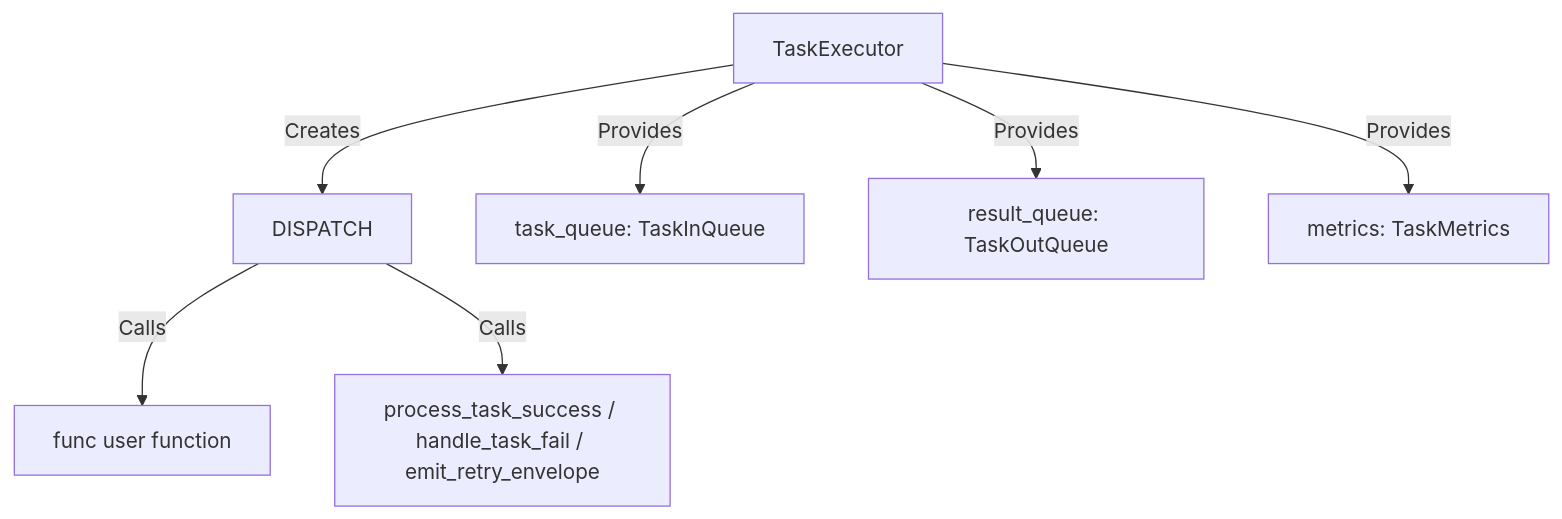
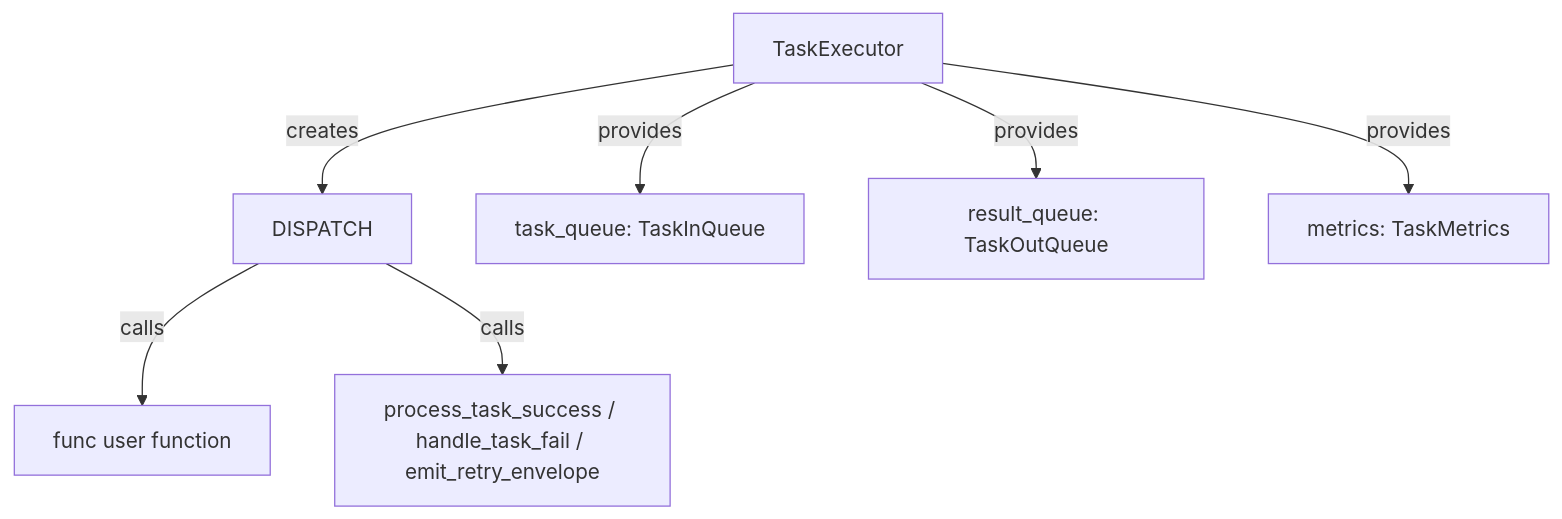
One commit to Mr-xiaotian/CelestialFlow changed the second of 2 diagrams in docs/en/src/runtime/core_dispatch.md. Above: the diagram before and after it, drawn with Mermaid. The commit also changed other lines of this file and 278 other files, not shown here.

````diff
--- a/docs/en/src/runtime/core_dispatch.md
+++ b/docs/en/src/runtime/core_dispatch.md
@@ -141,9 +144,9 @@
 ```mermaid
 flowchart TD
-    TE[TaskExecutor] -->|Creates| DISPATCH
-    TE -->|Provides| TQ[task_queue: TaskInQueue]
-    TE -->|Provides| RQ[result_queue: TaskOutQueue]
-    TE -->|Provides| MET[metrics: TaskMetrics]
-    DISPATCH -->|Calls| FUNC[func user function]
-    DISPATCH -->|Calls| TE_METHODS[process_task_success / handle_task_fail / emit_retry_envelope]
+    TE[TaskExecutor] -->|creates| DISPATCH
+    TE -->|provides| TQ[task_queue: TaskInQueue]
+    TE -->|provides| RQ[result_queue: TaskOutQueue]
+    TE -->|provides| MET[metrics: TaskMetrics]
+    DISPATCH -->|calls| FUNC[func user function]
+    DISPATCH -->|calls| TE_METHODS[process_task_success / handle_task_fail / emit_retry_envelope]
 ```
````
